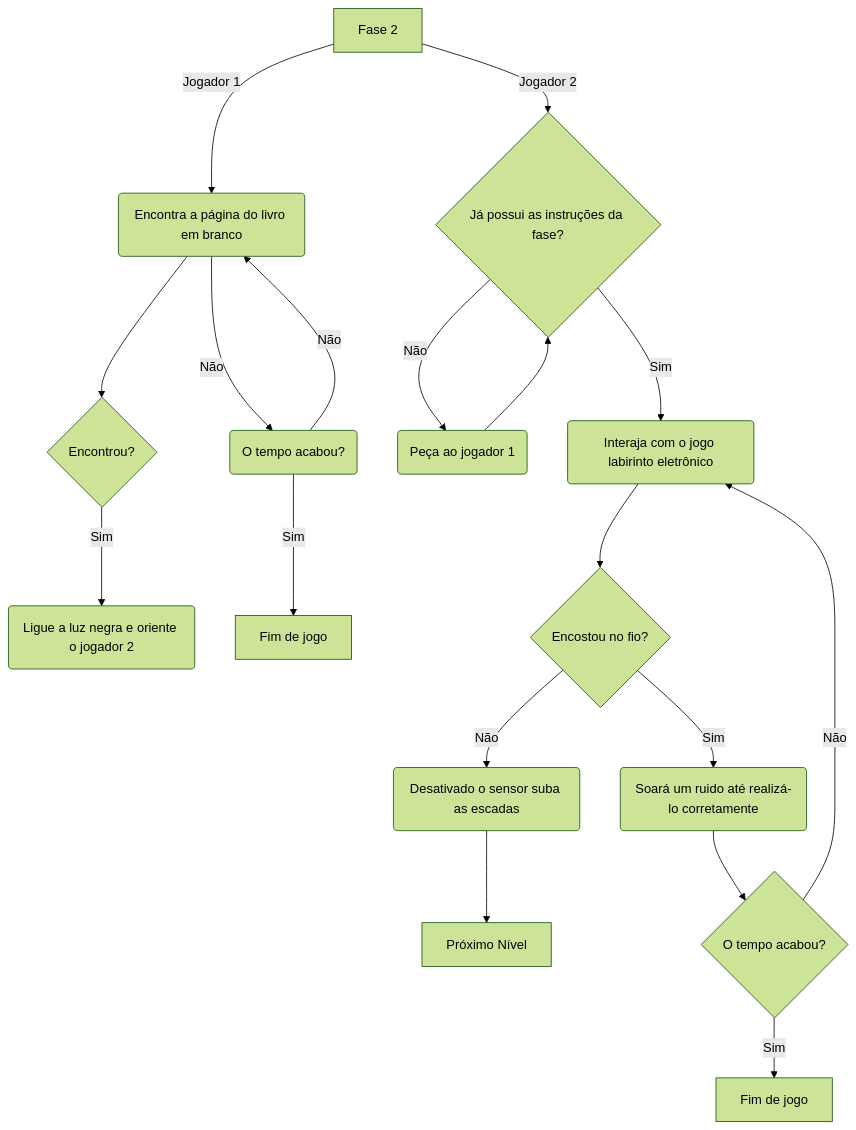
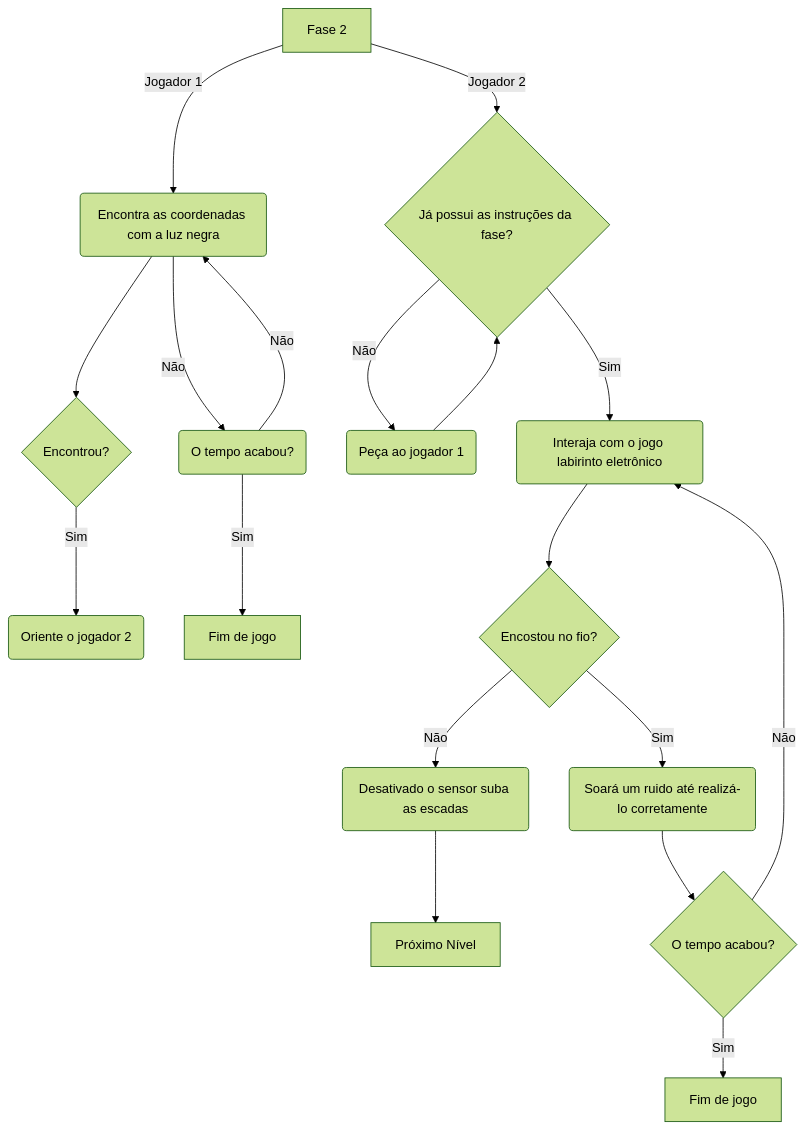
Before and after one commit to DinamicCreative/EscapeRoom: the third of 6 diagrams in README.md, drawn with Mermaid (forest theme). The commit also changed other lines of this file, not shown here.

````diff
--- a/README.md
+++ b/README.md
@@ -79,25 +79,25 @@
 ```mermaid
 flowchart TD
 
 
    AAA[Fase 2]
-  AAA --> |Jogador 1| BBB(Encontra a página do livro em branco)
+  AAA --> |Jogador 1| BBB(Encontra as coordenadas com a luz negra)
   BBB --> JJJ{Encontrou?}
-  JJJ --> |Sim| KKK(Ligue a luz negra e oriente o jogador 2)
+  JJJ --> |Sim| KKK(Oriente o jogador 2)
   BBB --> |Não| LLL(O tempo acabou?)
   LLL --> |Sim| MMM[Fim de jogo]
   LLL --> |Não| BBB
  
   AAA --> |Jogador 2| CCC{Já possui as instruções da fase?}
   CCC --> |Não| NNN(Peça ao jogador 1)
   NNN --> CCC
   CCC --> |Sim| OOO(Interaja com o jogo labirinto eletrônico)
   OOO --> DDD{Encostou no fio?}
   DDD --> |Não| EEE(Desativado o sensor suba as escadas)
   EEE --> ZZZ[Próximo Nível]
   DDD --> |Sim| GGG(Soará um ruido até realizá-lo corretamente)
   GGG --> HHH{O tempo acabou?}
   HHH --> |Sim| III[Fim de jogo]
   HHH --> |Não| OOO
 
 ```
````
